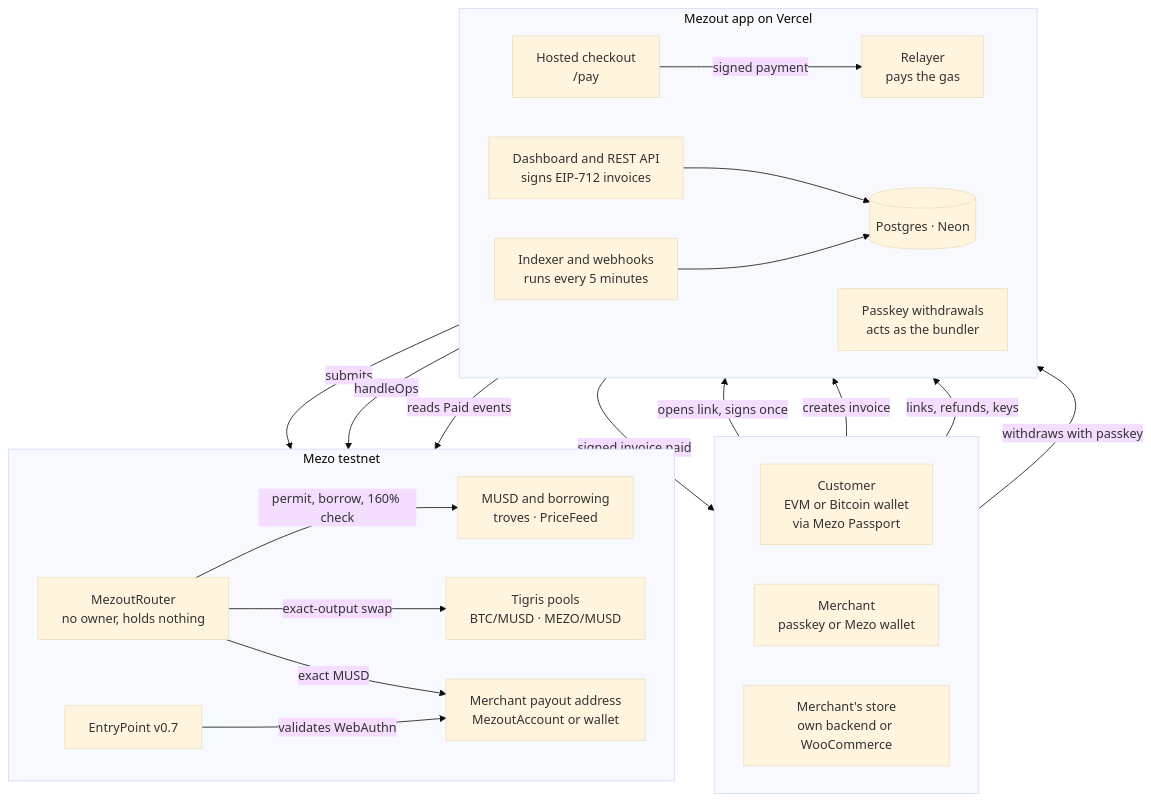
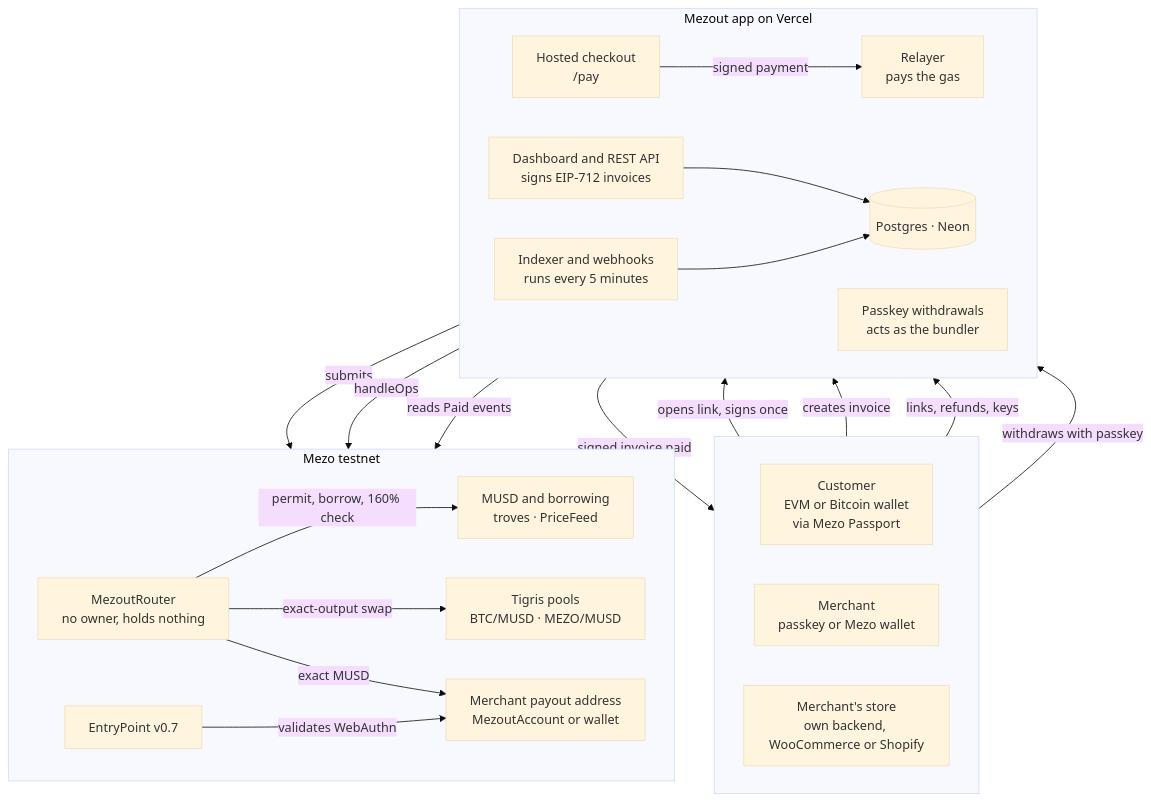
Before and after one commit to Evangel90/Mezout: the first of 8 diagrams in docs/ARCHITECTURE.md, drawn with Mermaid (base theme). The commit also changed other lines of this file and 13 other files, not shown here.

````diff
--- a/docs/ARCHITECTURE.md
+++ b/docs/ARCHITECTURE.md
@@ -9,44 +9,44 @@
 ```mermaid
 flowchart TB
     subgraph People[" "]
         direction LR
         CU["Customer<br/>EVM or Bitcoin wallet<br/>via Mezo Passport"]
         ME["Merchant<br/>passkey or Mezo wallet"]
-        ST["Merchant's store<br/>own backend or WooCommerce"]
+        ST["Merchant's store<br/>own backend, WooCommerce or Shopify"]
     end
 
     subgraph App["Mezout app on Vercel"]
         direction LR
         CO["Hosted checkout<br/>/pay"]
         RL["Relayer<br/>pays the gas"]
         DA["Dashboard and REST API<br/>signs EIP-712 invoices"]
         WD["Passkey withdrawals<br/>acts as the bundler"]
         IX["Indexer and webhooks<br/>runs every 5 minutes"]
         DB[("Postgres · Neon")]
     end
 
     subgraph Mezo["Mezo testnet"]
         direction LR
         RT["MezoutRouter<br/>no owner, holds nothing"]
         MU["MUSD and borrowing<br/>troves · PriceFeed"]
         TG["Tigris pools<br/>BTC/MUSD · MEZO/MUSD"]
         EP["EntryPoint v0.7"]
         AC["Merchant payout address<br/>MezoutAccount or wallet"]
     end
 
     CU -- "opens link, signs once" --> CO
     CO -- "signed payment" --> RL
     RL -- "submits" --> RT
     ST -- "creates invoice" --> DA
     ME -- "links, refunds, keys" --> DA
     DA --> DB
     RT -- "permit, borrow, 160% check" --> MU
     RT -- "exact-output swap" --> TG
     RT -- "exact MUSD" --> AC
     ME -- "withdraws with passkey" --> WD
     WD -- "handleOps" --> EP
     EP -- "validates WebAuthn" --> AC
     IX -- "reads Paid events" --> RT
     IX --> DB
     IX -- "signed invoice.paid" --> ST
 ```
````
